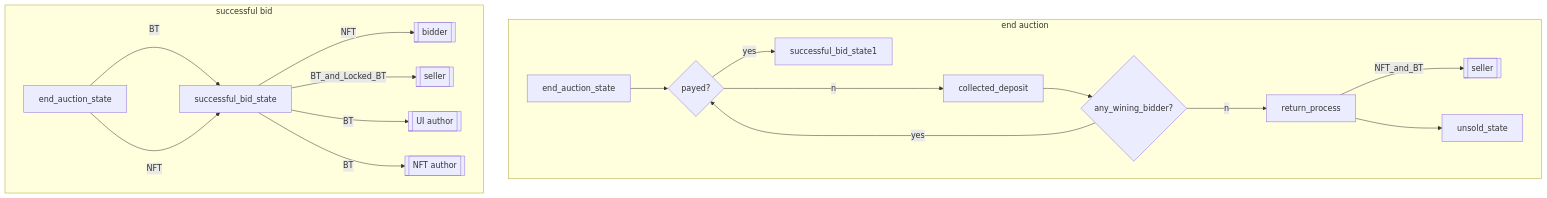
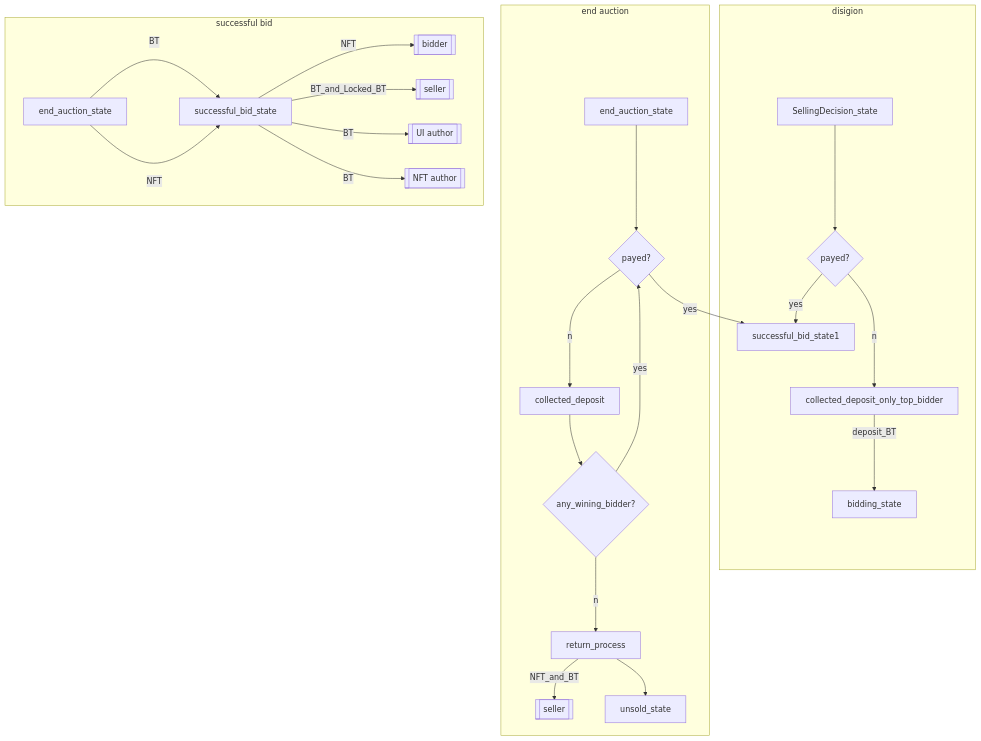
Before and after one commit to UnUniFi/chain: the seventh of 7 diagrams in x/nftmarket/spec/03_auction_state.md, drawn with Mermaid. The commit also changed other lines of this file and 1 other file, not shown here.

Commit message:
modify: add sellingDecision

````diff
--- a/x/nftmarket/spec/03_auction_state.md
+++ b/x/nftmarket/spec/03_auction_state.md
@@ -169,30 +174,37 @@
 ```mermaid
 flowchart TD
+
+subgraph disigion
+	SellingDecision_state --> check_pay_only_top_bidder{payed?}
+	check_pay_only_top_bidder  --yes--> successful_bid_state1
+	check_pay_only_top_bidder  --no--> collected_deposit_only_top_bidder
+	collected_deposit_only_top_bidder --deposit_BT--> bidding_state
+end
 
 subgraph end auction
 	seller2[[seller]]
 	successful_bid_state1[successful_bid_state1]
 	end_auction_state  --> check_pay{payed?}
 	check_pay  --yes--> successful_bid_state1
 	check_pay  --no--> collected_deposit
 	collected_deposit --> check_wining_bidder{any_wining_bidder?}
 	check_wining_bidder --yes--> check_pay
 	check_wining_bidder --no--> return_process
 	return_process --NFT_and_BT--> seller2
 	return_process --> unsold_state
 end
 
 subgraph successful bid
 	bidder3[[bidder]]
 	seller3[[seller]]
 	NFT_author[[NFT author]]
 	UI_author[[UI author]]
 	end_auction_state3[end_auction_state]
 	end_auction_state3  --BT--> successful_bid_state
 	end_auction_state3  --NFT--> successful_bid_state
 	successful_bid_state  --BT_and_Locked_BT--> seller3
   successful_bid_state  --BT--> UI_author
 	successful_bid_state  --BT--> NFT_author
 	successful_bid_state  --NFT--> bidder3
 end
 ```
````
